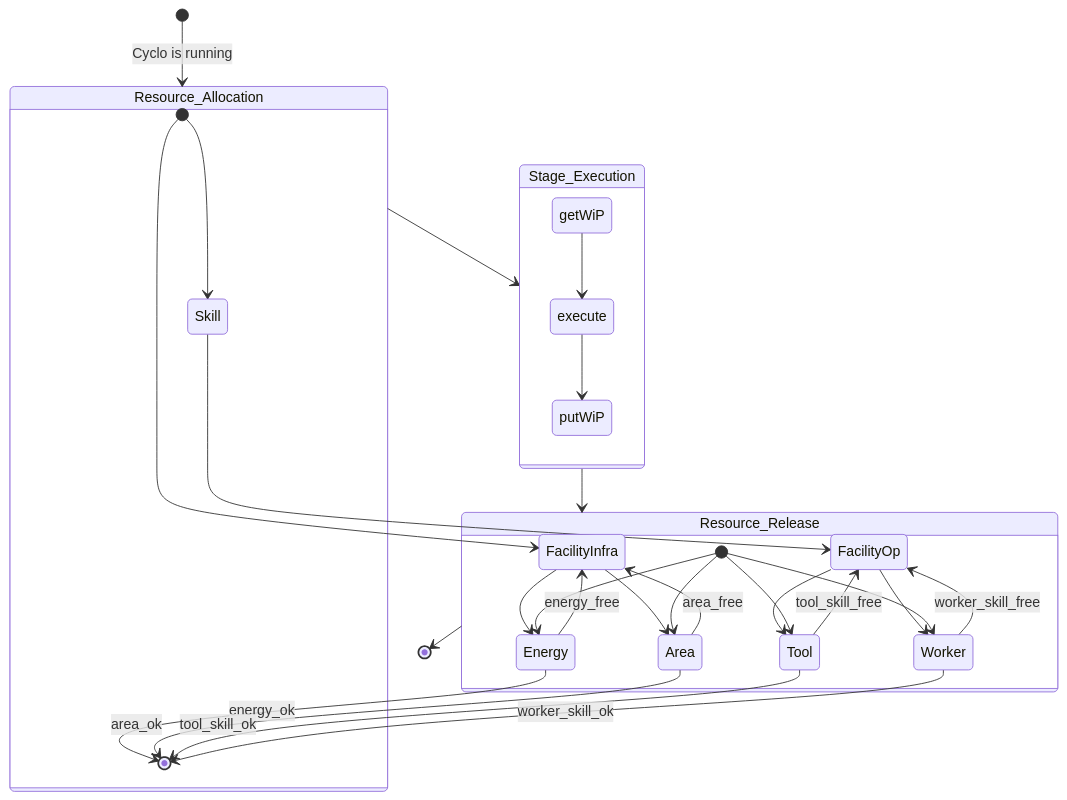
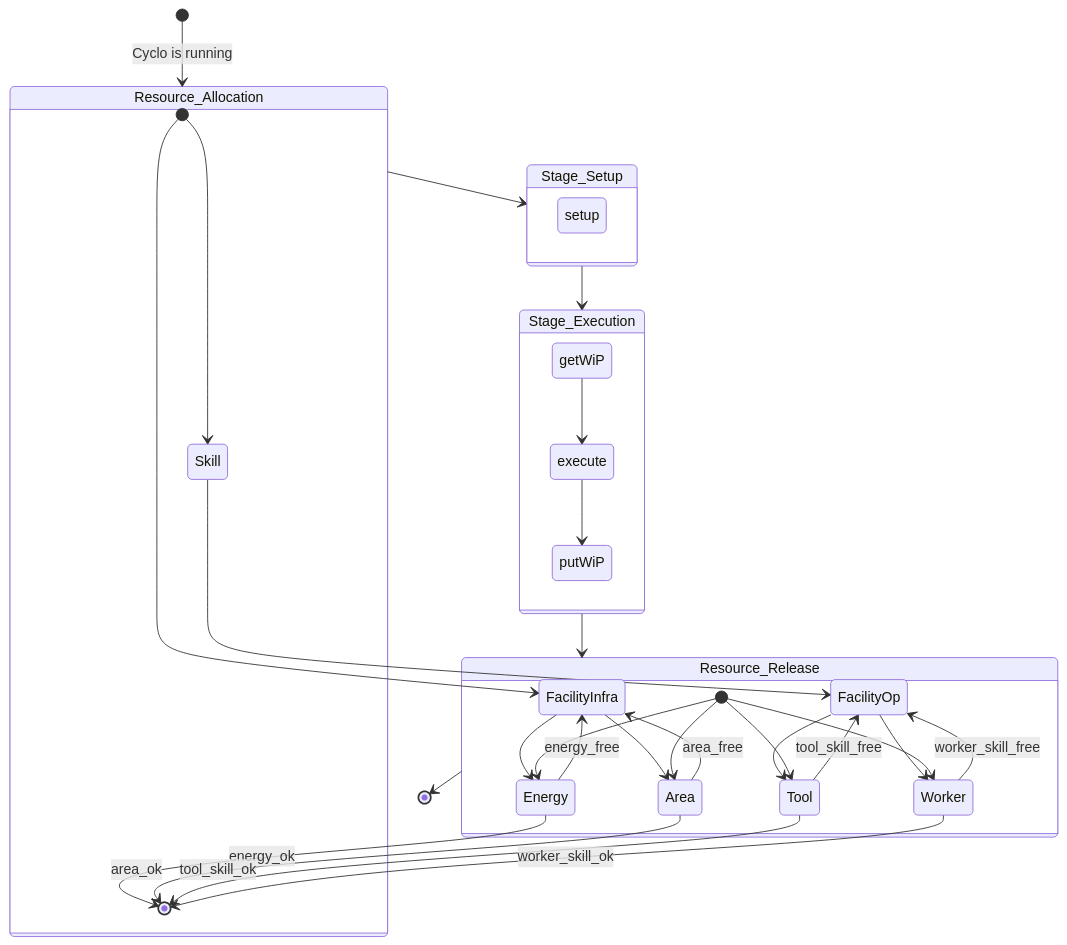
Before and after one commit to bampli/specs: the second of 2 diagrams in content/docs/cyclo/stage.md, drawn with Mermaid. The commit also changed other lines of this file, not shown here.

Commit message:
rev stage diagrams

```diff
--- a/content/docs/cyclo/stage.md
+++ b/content/docs/cyclo/stage.md
@@ -79,35 +79,39 @@
 {{< mermaid >}}
 stateDiagram
     [*] --> Resource_Allocation : Cyclo is running
-    Resource_Allocation --> Stage_Execution
+    Resource_Allocation --> Stage_Setup
+    Stage_Setup --> Stage_Execution
     Stage_Execution --> Resource_Release
     Resource_Release --> [*]
     state Resource_Allocation {
         [*] --> FacilityInfra
         [*] --> Skill
         FacilityInfra --> Energy
         FacilityInfra --> Area
         Energy --> [*] : energy_ok
         Area --> [*] : area_ok
         Skill --> FacilityOp
         FacilityOp --> Tool
         Tool --> [*] : tool_skill_ok
         FacilityOp --> Worker
         Worker --> [*] : worker_skill_ok
+    }
+    state Stage_Setup {
+        setup
     }
     state Stage_Execution {
         getWiP --> execute
         execute --> putWiP
         putWiP
     }
     state Resource_Release {
         [*] --> Area
         Area --> FacilityInfra : area_free
         [*] --> Energy
         Energy --> FacilityInfra : energy_free
         [*] --> Tool
         Tool --> FacilityOp : tool_skill_free
         [*] --> Worker
         Worker --> FacilityOp : worker_skill_free
     }
 {{< /mermaid >}}
```
